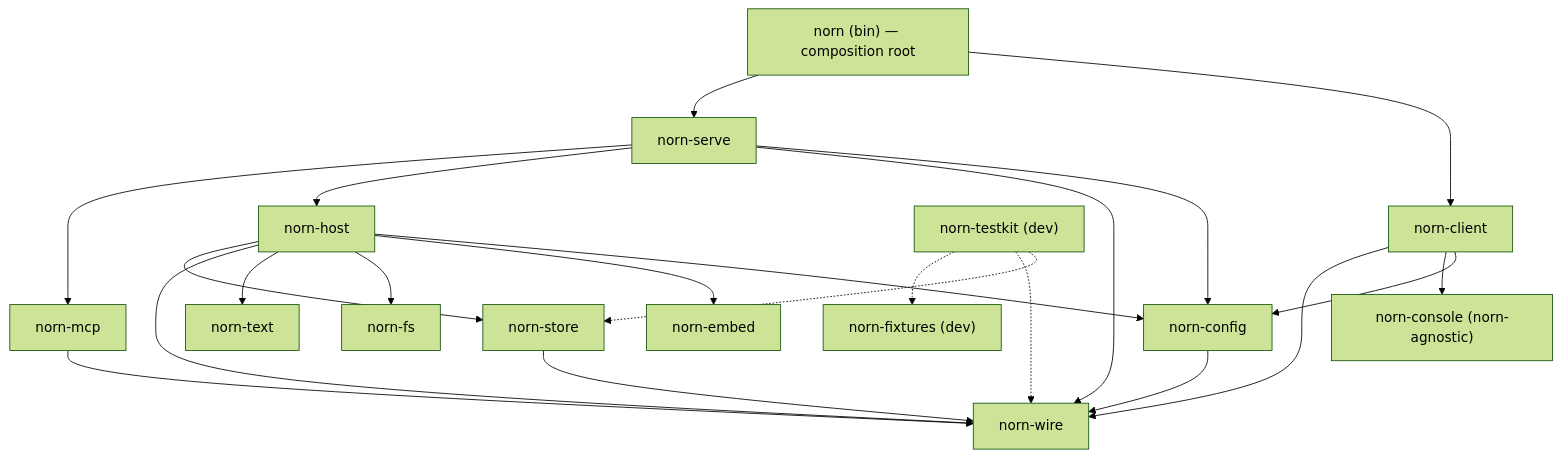
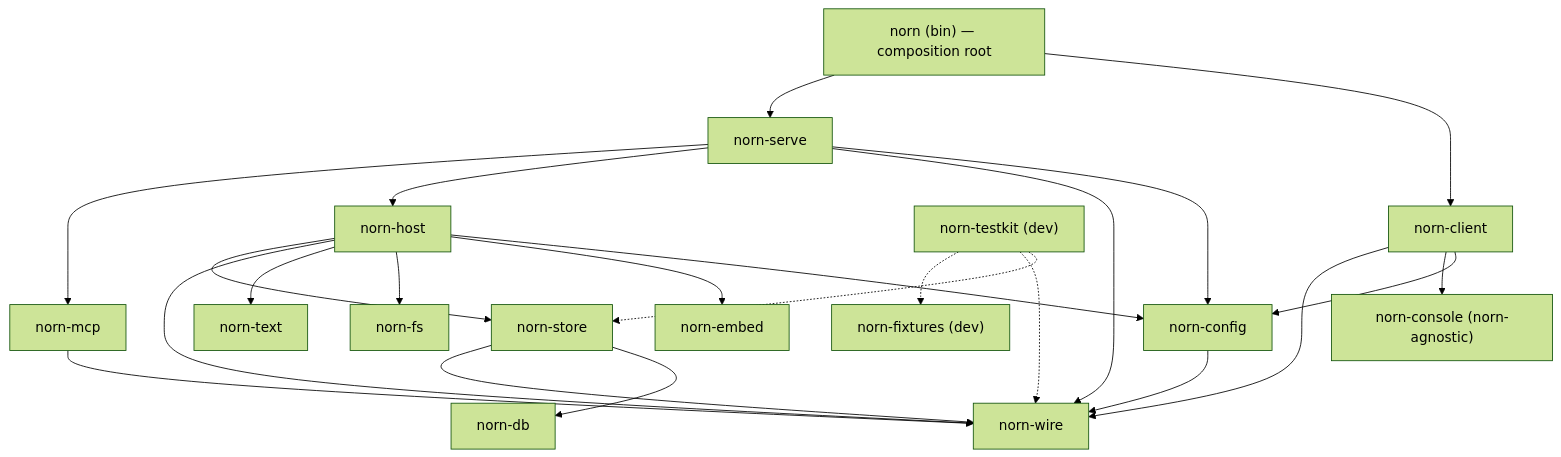
The first of 3 diagrams in docs/architecture.md (dbtlr/norn-next), drawn with Mermaid (forest theme) before and after one commit. The commit also changed other lines of this file and 22 other files, not shown here.

````diff
--- a/docs/architecture.md
+++ b/docs/architecture.md
@@ -726,25 +732,26 @@
 ```mermaid
 graph TD
   bin["norn (bin) — composition root"] --> serve["norn-serve"]
   bin --> client["norn-client"]
   serve --> mcp["norn-mcp"]
   serve --> host["norn-host"]
   serve --> wire["norn-wire"]
   serve --> config["norn-config"]
   mcp --> wire
   host --> store["norn-store"]
   host --> wire
   host --> text["norn-text"]
   host --> fs["norn-fs"]
   host --> embed["norn-embed"]
   host --> config
   client --> wire
   client --> console["norn-console (norn-agnostic)"]
   client --> config
   store --> wire
+  store --> db["norn-db"]
   config --> wire
   fixtures["norn-fixtures (dev)"]
   testkit["norn-testkit (dev)"] -.-> fixtures
   testkit -.-> wire
   testkit -.-> store
 ```
````
